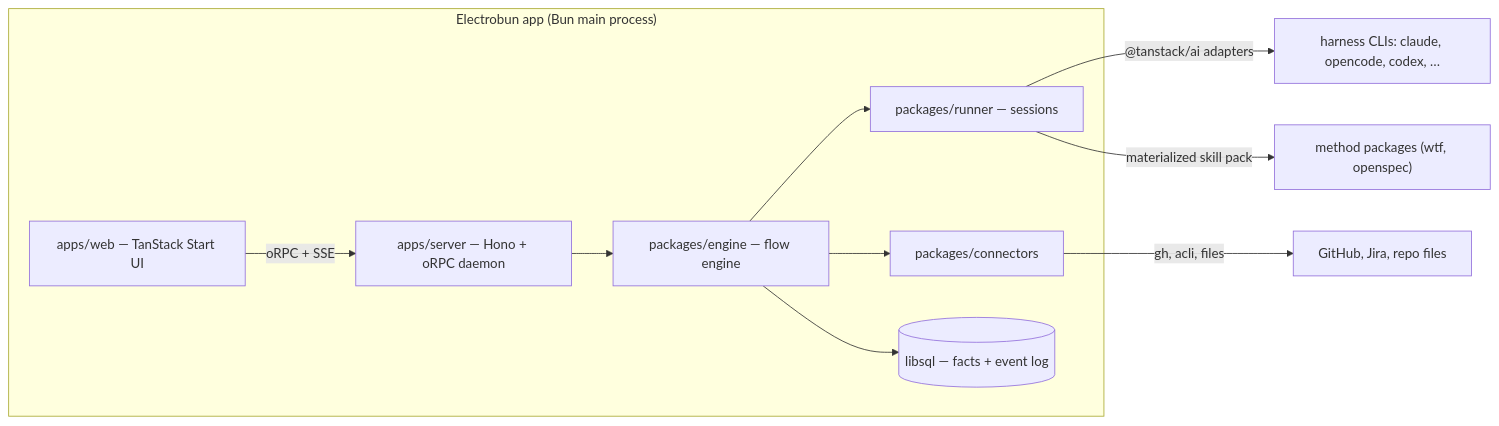
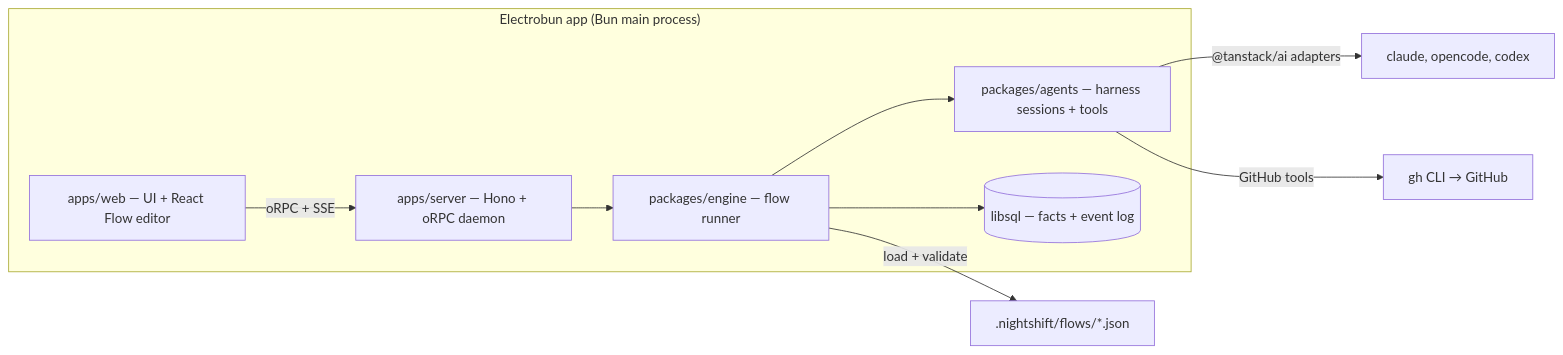
One commit to xiduzo/nightshift changed the diagram in docs/PLAN.md. Above: the diagram before and after it, drawn with Mermaid. The commit also changed other lines of this file and 3 other files, not shown here.

First line of the commit message:
docs: cut the plan down to a personal flow workbench

````diff
--- a/docs/PLAN.md
+++ b/docs/PLAN.md
@@ -56,23 +54,21 @@
 ```mermaid
 flowchart LR
   subgraph desktop["Electrobun app (Bun main process)"]
-    ui["apps/web — TanStack Start UI"]
+    ui["apps/web — UI + React Flow editor"]
     daemon["apps/server — Hono + oRPC daemon"]
-    engine["packages/engine — flow engine"]
-    runner["packages/runner — sessions"]
-    connectors["packages/connectors"]
+    engine["packages/engine — flow runner"]
+    agents["packages/agents — harness sessions + tools"]
     db[("libsql — facts + event log")]
   end
-  methods["method packages (wtf, openspec)"]
-  harness["harness CLIs: claude, opencode, codex, …"]
-  systems["GitHub, Jira, repo files"]
+  flows[".nightshift/flows/*.json"]
+  harness["claude, opencode, codex"]
+  gh["gh CLI → GitHub"]
 
   ui -- "oRPC + SSE" --> daemon
   daemon --> engine
-  engine --> runner
-  engine --> connectors
+  engine --> agents
   engine --> db
-  runner -- "@tanstack/ai adapters" --> harness
-  runner -- "materialized skill pack" --> methods
-  connectors -- "gh, acli, files" --> systems
+  engine -- "load + validate" --> flows
+  agents -- "@tanstack/ai adapters" --> harness
+  agents -- "GitHub tools" --> gh
 ```
````
